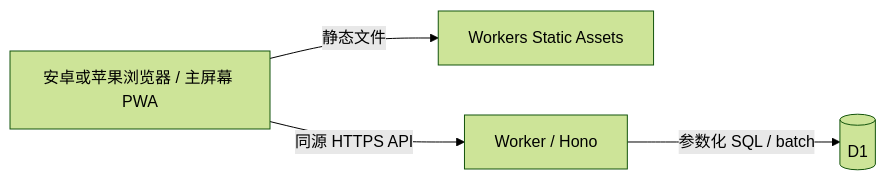
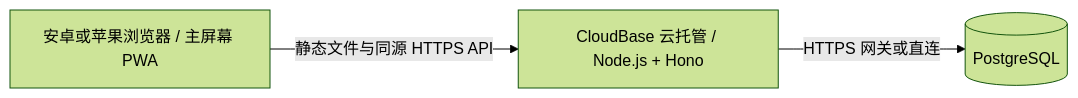
Before and after one commit to yushu-zh/reading-record: the diagram in docs/architecture/阅读打卡 APP.md, drawn with Mermaid (forest theme). The commit also changed other lines of this file and 43 other files, not shown here.

````diff
--- a/docs/architecture/阅读打卡 APP.md
+++ b/docs/architecture/阅读打卡 APP.md
@@ -38,6 +36,5 @@
 ```mermaid
 flowchart LR
-    browser["安卓或苹果浏览器 / 主屏幕 PWA"] -->|"静态文件"| assets["Workers Static Assets"]
-    browser -->|"同源 HTTPS API"| worker["Worker / Hono"]
-    worker -->|"参数化 SQL / batch"| db[("D1")]
+    browser["安卓或苹果浏览器 / 主屏幕 PWA"] -->|"静态文件与同源 HTTPS API"| app["CloudBase 云托管 / Node.js + Hono"]
+    app -->|"HTTPS 网关或直连"| db[("PostgreSQL")]
 ```
````
